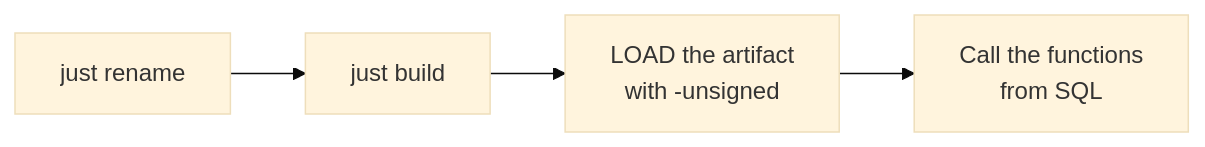
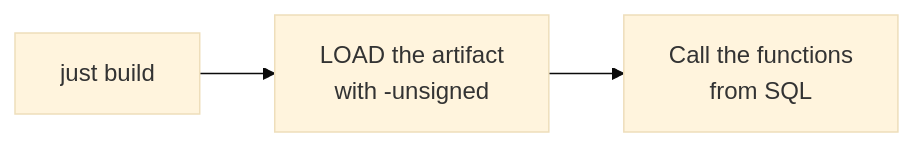
Before and after one commit to shijianjs/duckfn-statrs: the diagram in docs/docs/getting-started/quick-start.md, drawn with Mermaid (base theme). The commit also changed other lines of this file and 35 other files, not shown here.

````diff
--- a/docs/docs/getting-started/quick-start.md
+++ b/docs/docs/getting-started/quick-start.md
@@ -11,6 +11,5 @@
 ```mermaid
 flowchart LR
-    rename["just rename"] --> build["just build"]
-    build --> load["LOAD the artifact<br/>with -unsigned"]
+    build["just build"] --> load["LOAD the artifact<br/>with -unsigned"]
     load --> call["Call the functions<br/>from SQL"]
 ```
````
